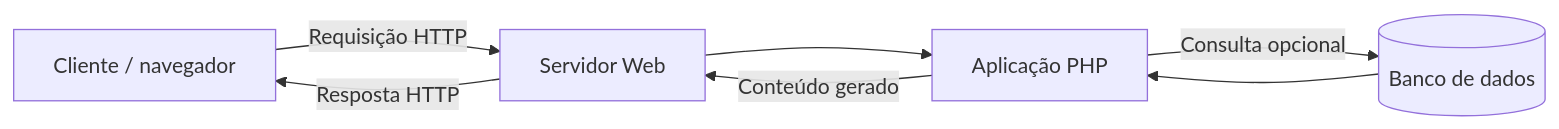
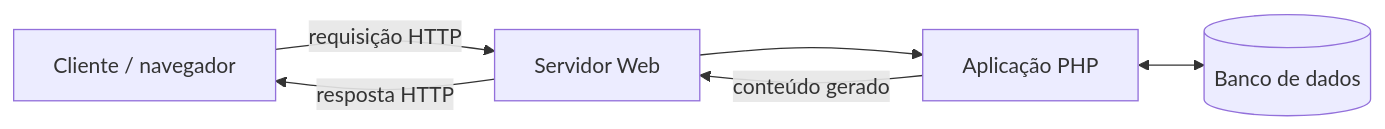
The diagram in 05. Desenvolvimento Web Back-End/04. Linguagens de programação back-end e PHP.md (leorruas/puc), drawn with Mermaid before and after one commit.

Commit message:
Normaliza Mermaid de execução PHP no servidor

````diff
--- a/05. Desenvolvimento Web Back-End/04. Linguagens de programação back-end e PHP.md
+++ b/05. Desenvolvimento Web Back-End/04. Linguagens de programação back-end e PHP.md
@@ -44,9 +44,13 @@
 ```mermaid
 flowchart LR
-    C["Cliente / navegador"] -->|"Requisição HTTP"| W["Servidor Web"]
-    W --> A["Aplicação PHP"]
-    A -->|"Consulta opcional"| B[("Banco de dados")]
-    B --> A
-    A -->|"Conteúdo gerado"| W
-    W -->|"Resposta HTTP"| C
+    Cliente["Cliente / navegador"]:::external
+    Web["Servidor Web"]:::core
+    PHP["Aplicação PHP"]:::component
+    Banco[("Banco de dados")]:::data
+
+    Cliente -->|"requisição HTTP"| Web
+    Web --> PHP
+    PHP <--> Banco
+    PHP -->|"conteúdo gerado"| Web
+    Web -->|"resposta HTTP"| Cliente
 ```
````
